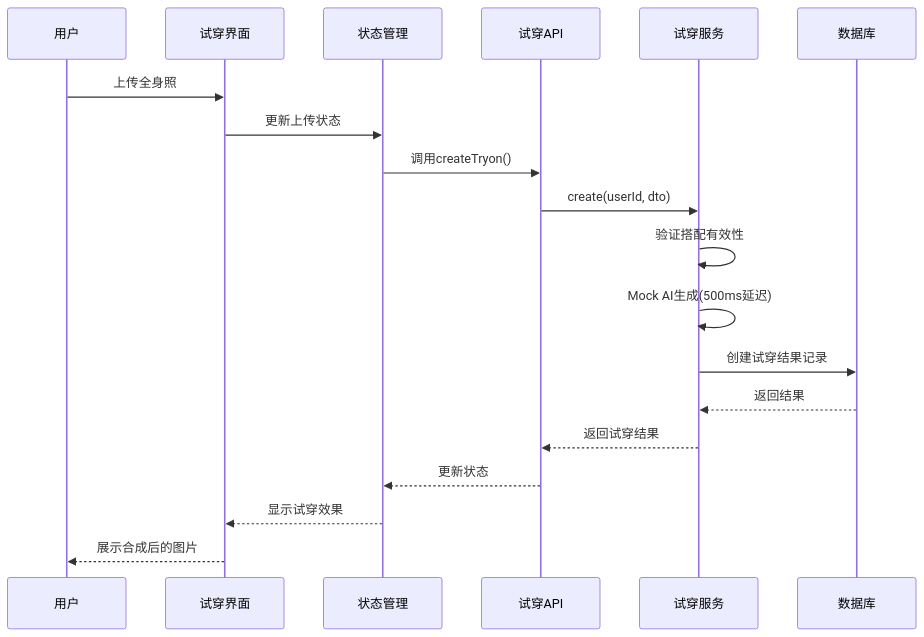
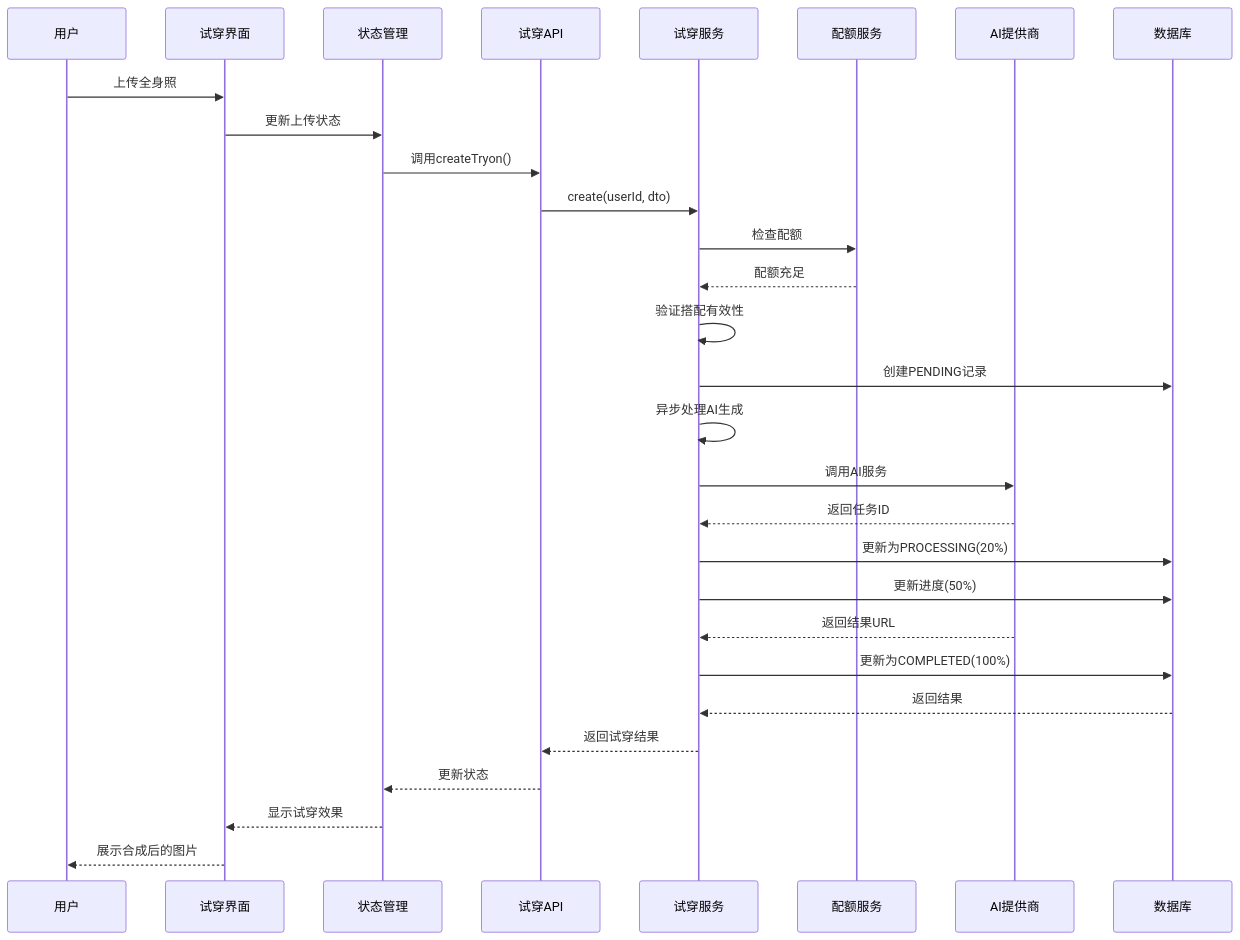
One commit to lsqwawa/free-dress changed the sixth of 13 diagrams in .qoder/repowiki/zh/content/后端开发指南/核心模块详解/AI试穿模块.md. Above: the diagram before and after it, drawn with Mermaid. The commit also changed other lines of this file and 62 other files, not shown here.

````diff
--- a/.qoder/repowiki/zh/content/后端开发指南/核心模块详解/AI试穿模块.md
+++ b/.qoder/repowiki/zh/content/后端开发指南/核心模块详解/AI试穿模块.md
@@ -305,21 +368,31 @@
 ```mermaid
 sequenceDiagram
 participant User as 用户
 participant UI as 试穿界面
 participant Store as 状态管理
 participant API as 试穿API
 participant Service as 试穿服务
+participant Quota as 配额服务
+participant Provider as AI提供商
 participant DB as 数据库
 User->>UI : 上传全身照
 UI->>Store : 更新上传状态
 Store->>API : 调用createTryon()
 API->>Service : create(userId, dto)
+Service->>Quota : 检查配额
+Quota-->>Service : 配额充足
 Service->>Service : 验证搭配有效性
-Service->>Service : Mock AI生成(500ms延迟)
-Service->>DB : 创建试穿结果记录
+Service->>DB : 创建PENDING记录
+Service->>Service : 异步处理AI生成
+Service->>Provider : 调用AI服务
+Provider-->>Service : 返回任务ID
+Service->>DB : 更新为PROCESSING(20%)
+Service->>DB : 更新进度(50%)
+Provider-->>Service : 返回结果URL
+Service->>DB : 更新为COMPLETED(100%)
 DB-->>Service : 返回结果
 Service-->>API : 返回试穿结果
 API-->>Store : 更新状态
 Store-->>UI : 显示试穿效果
 UI-->>User : 展示合成后的图片
 ```
````
